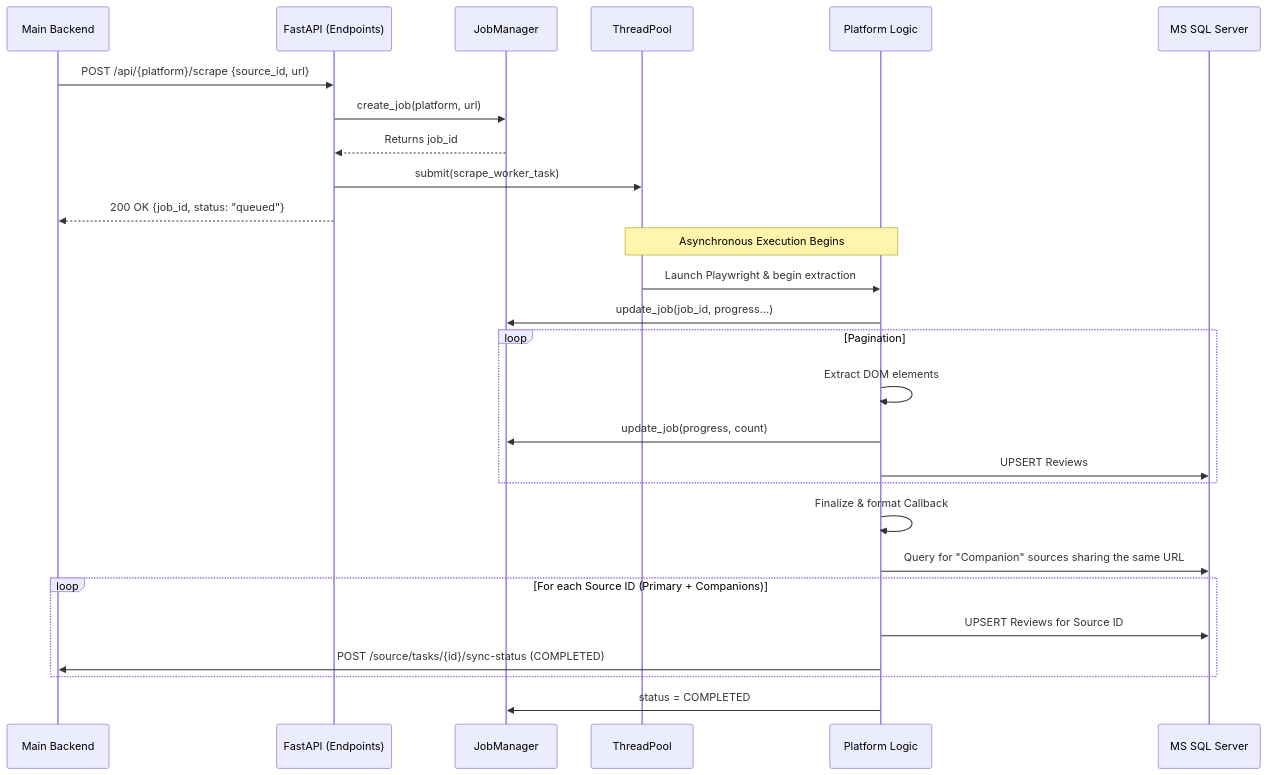
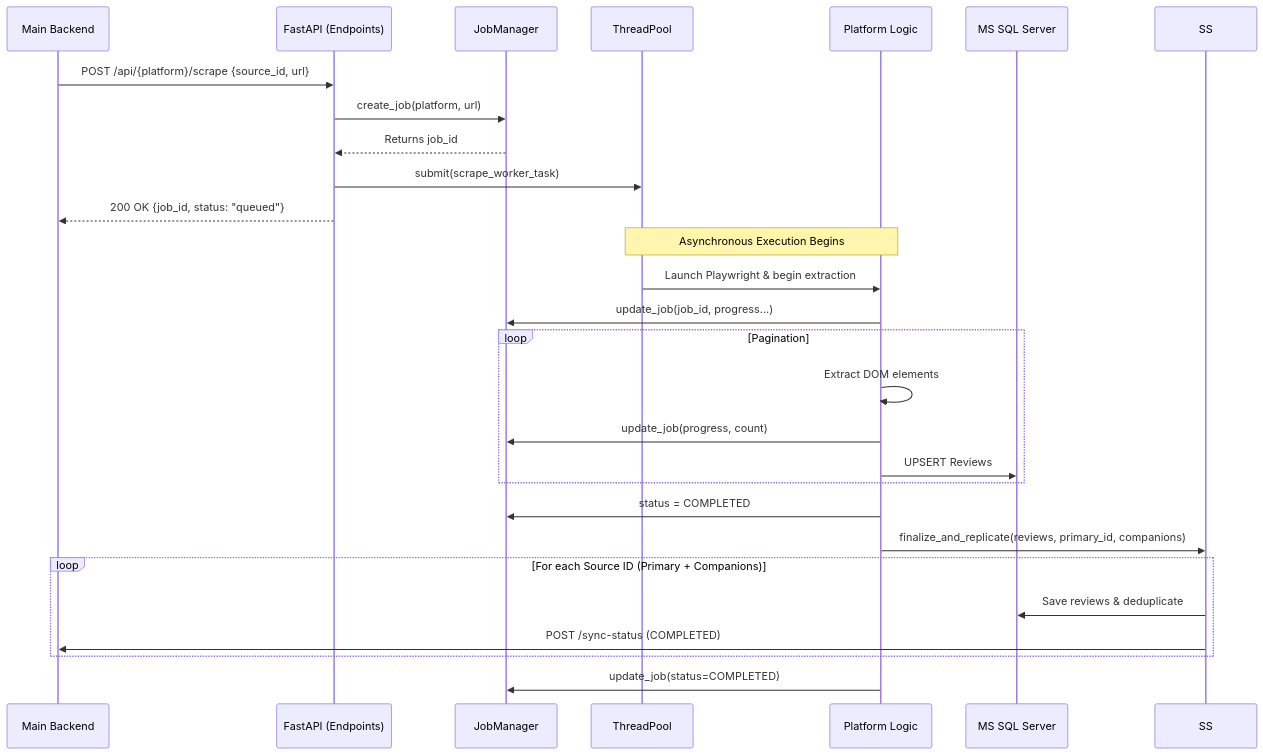
One commit to Rzmy7/hotel-and-restaurant-review-management-system changed the diagram in microservices/scraper_engine/docs/about.md. Above: the diagram before and after it, drawn with Mermaid. The commit also changed other lines of this file and 12 other files, not shown here.

````diff
--- a/microservices/scraper_engine/docs/about.md
+++ b/microservices/scraper_engine/docs/about.md
@@ -55,34 +55,34 @@
 ```mermaid
 sequenceDiagram
     participant B as Main Backend
     participant API as FastAPI (Endpoints)
     participant JM as JobManager
     participant TP as ThreadPool
     participant PL as Platform Logic
     participant DB as MS SQL Server
 
     B->>API: POST /api/{platform}/scrape {source_id, url}
     API->>JM: create_job(platform, url)
     JM-->>API: Returns job_id
     API->>TP: submit(scrape_worker_task)
     API-->>B: 200 OK {job_id, status: "queued"}
     
     Note over TP, PL: Asynchronous Execution Begins
 
     TP->>PL: Launch Playwright & begin extraction
     PL->>JM: update_job(job_id, progress...)
     
     loop Pagination
         PL->>PL: Extract DOM elements
         PL->>JM: update_job(progress, count)
         PL->>DB: UPSERT Reviews
     end
     
-    PL->>PL: Finalize & format Callback
-    PL->>DB: Query for "Companion" sources sharing the same URL
+    PL->>JM: status = COMPLETED
+    PL->>SS: finalize_and_replicate(reviews, primary_id, companions)
     loop For each Source ID (Primary + Companions)
-        PL->>DB: UPSERT Reviews for Source ID
-        PL->>B: POST /source/tasks/{id}/sync-status (COMPLETED)
+        SS->>DB: Save reviews & deduplicate
+        SS->>B: POST /sync-status (COMPLETED)
     end
-    PL->>JM: status = COMPLETED
+    PL->>JM: update_job(status=COMPLETED)
 ```
````
